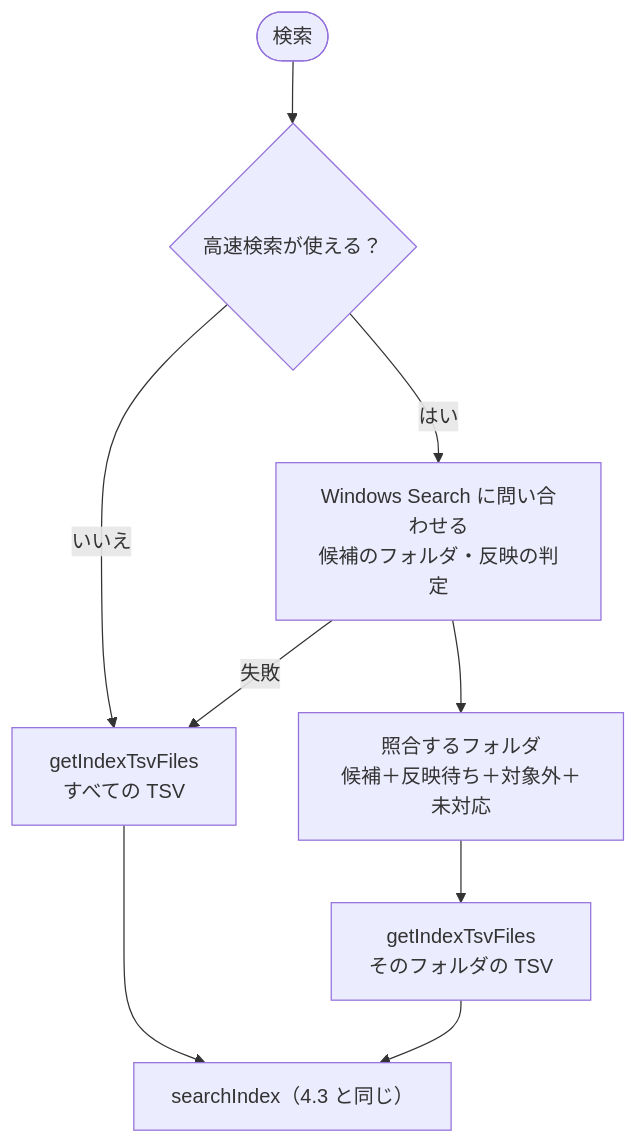
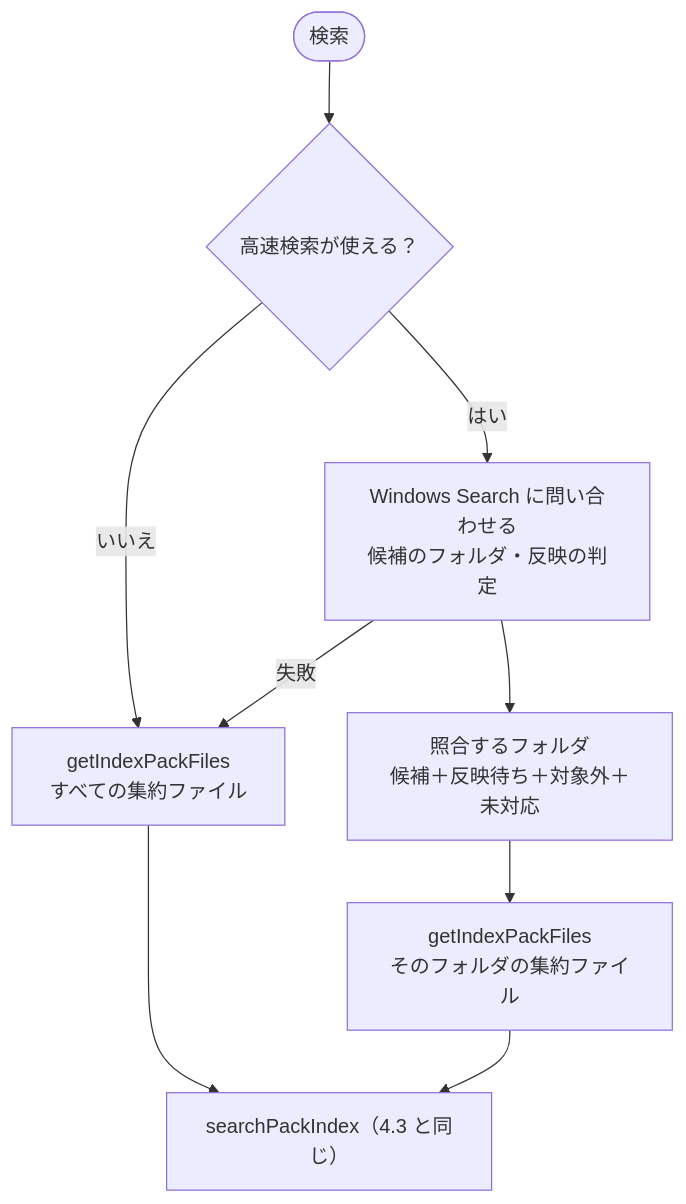
Before and after one commit to hsgwa/tebunko: the third of 5 diagrams in docs/02_検索.md, drawn with Mermaid. The commit also changed other lines of this file and 53 other files, not shown here.

````diff
--- a/docs/02_検索.md
+++ b/docs/02_検索.md
@@ -147,11 +151,11 @@
 ```mermaid
 flowchart TD
     S(["検索"]) --> U{"高速検索が使える？"}
-    U -- いいえ --> ALL["getIndexTsvFiles<br>すべての TSV"]
+    U -- いいえ --> ALL["getIndexPackFiles<br>すべての集約ファイル"]
     U -- はい --> Q["Windows Search に問い合わせる<br>候補のフォルダ・反映の判定"]
     Q -- 失敗 --> ALL
     Q --> T["照合するフォルダ<br>候補＋反映待ち＋対象外＋未対応"]
-    T --> F["getIndexTsvFiles<br>そのフォルダの TSV"]
-    ALL --> R["searchIndex（4.3 と同じ）"]
+    T --> F["getIndexPackFiles<br>そのフォルダの集約ファイル"]
+    ALL --> R["searchPackIndex（4.3 と同じ）"]
     F --> R
 ```
````
